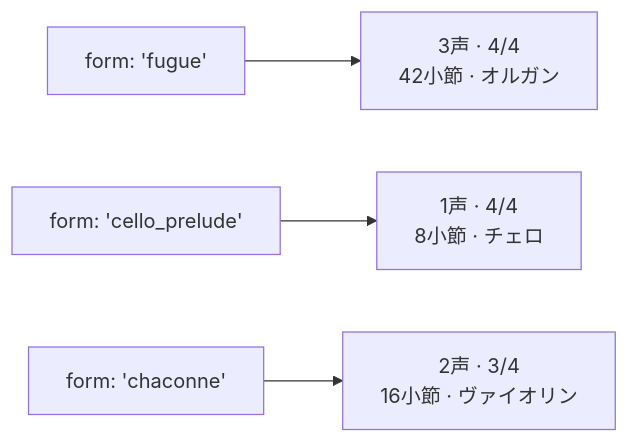
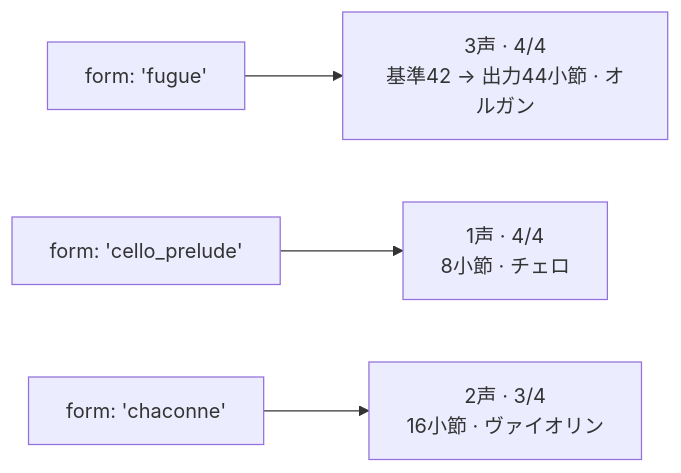
The second of 2 diagrams in src/ja/docs/option-relationships.md (libraz/midi-sketch-bach-homepage), drawn with Mermaid before and after one commit. The commit also changed other lines of this file and 43 other files, not shown here.

````diff
--- a/src/ja/docs/option-relationships.md
+++ b/src/ja/docs/option-relationships.md
@@ -36,6 +38,6 @@
 ```mermaid
 graph LR
-    A["form: 'fugue'"] --> B["3声 · 4/4<br>42小節 · オルガン"]
+    A["form: 'fugue'"] --> B["3声 · 4/4<br>基準42 → 出力44小節 · オルガン"]
     C["form: 'cello_prelude'"] --> D["1声 · 4/4<br>8小節 · チェロ"]
     E["form: 'chaconne'"] --> F["2声 · 3/4<br>16小節 · ヴァイオリン"]
 ```
````
